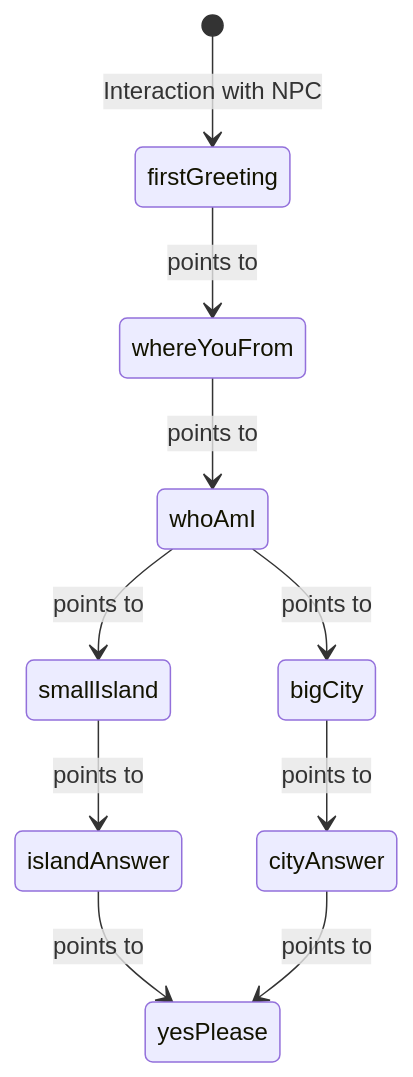
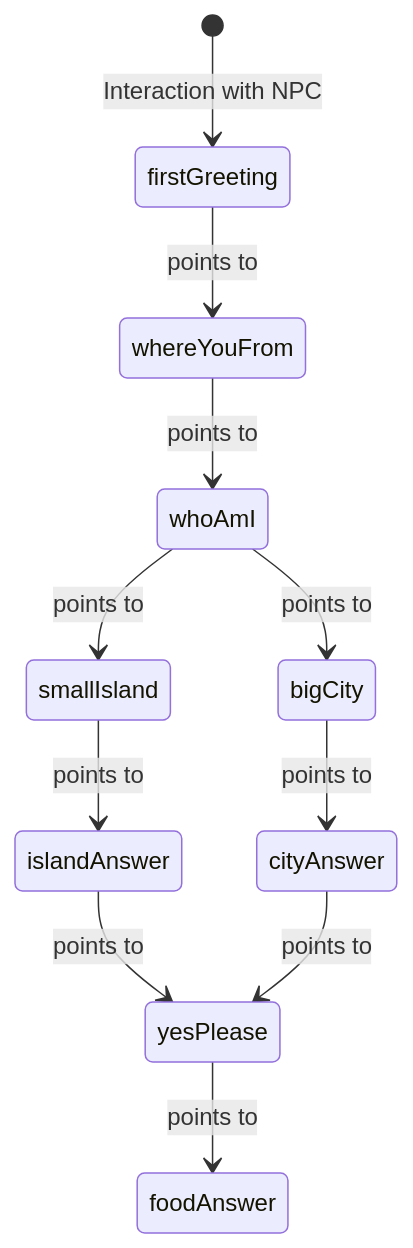
The second of 2 diagrams in docs/Tutorials/Getting-Started/Basics/Conversations.md (BetonQuest/BetonQuest), drawn with Mermaid before and after one commit. The commit also changed other lines of this file and 3 other files, not shown here.

````diff
--- a/docs/Tutorials/Getting-Started/Basics/Conversations.md
+++ b/docs/Tutorials/Getting-Started/Basics/Conversations.md
@@ -211,12 +207,13 @@
     ``` mermaid
     stateDiagram-v2
         [*] --> firstGreeting: Interaction with NPC
         firstGreeting --> whereYouFrom: points to
         whereYouFrom --> whoAmI: points to
         whoAmI --> smallIsland: points to
         whoAmI --> bigCity: points to
         smallIsland --> islandAnswer: points to
         bigCity --> cityAnswer: points to
         islandAnswer --> yesPlease: points to
         cityAnswer --> yesPlease: points to
+        yesPlease --> foodAnswer: points to
     ```
````
